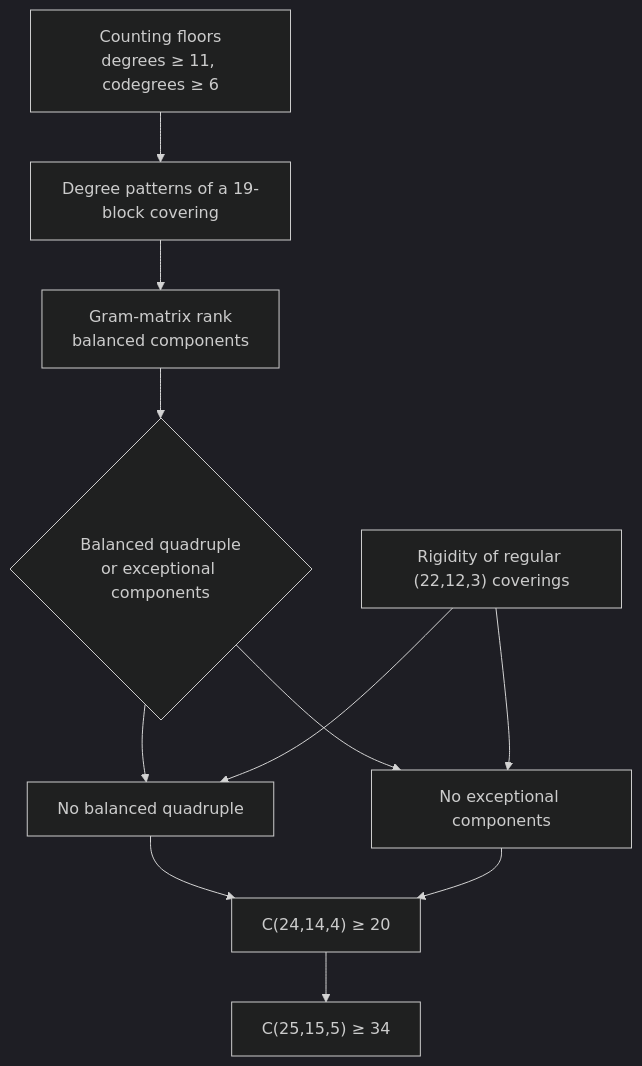
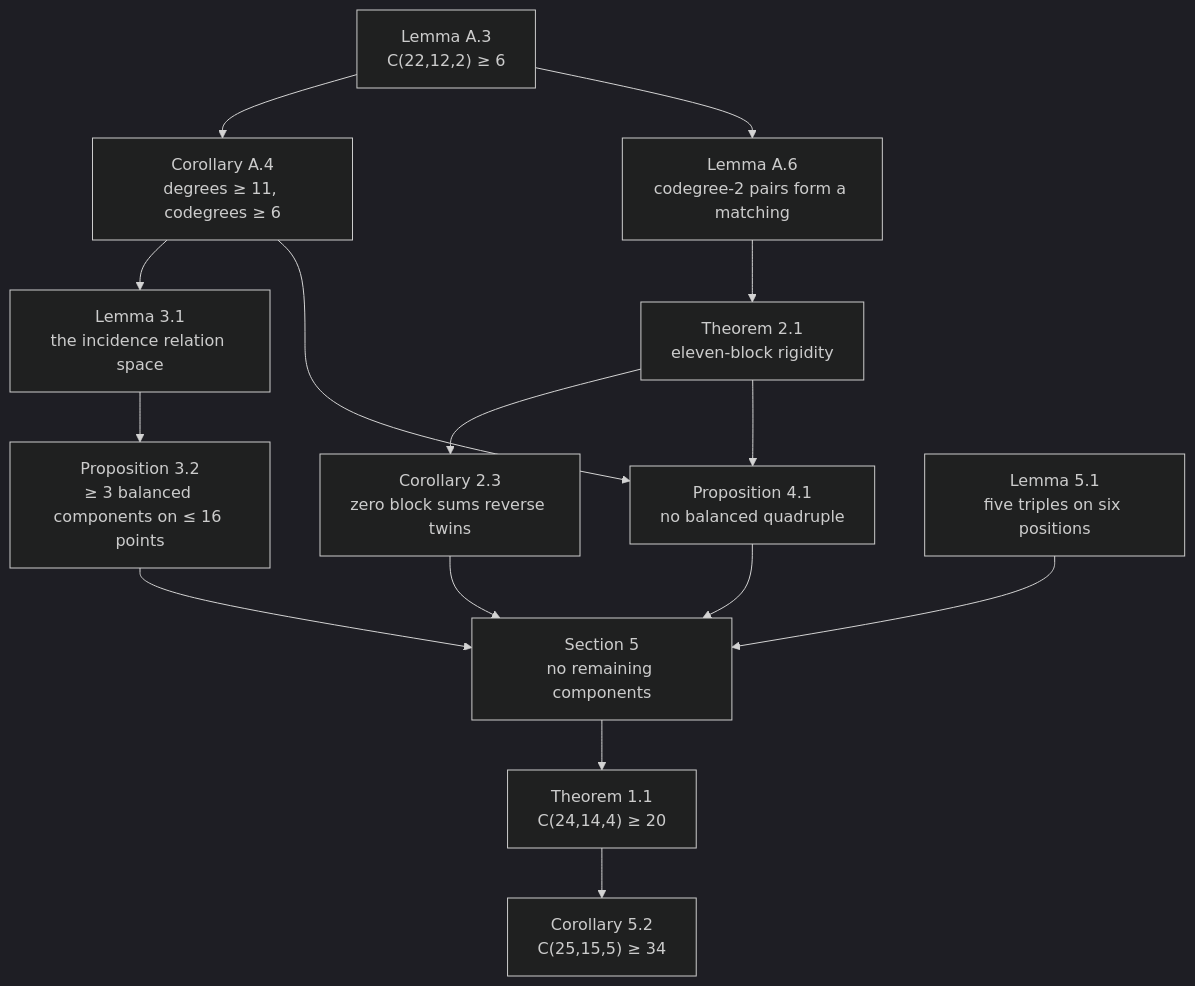
One commit to jamesyc/covering changed the diagram in README.md. Above: the diagram before and after it, drawn with Mermaid (dark theme). The commit also changed other lines of this file and 162 other files, not shown here.

````diff
--- a/README.md
+++ b/README.md
@@ -151,20 +181,24 @@
 ```mermaid
 flowchart TD
-  S1["Counting floors<br/>degrees ≥ 11, codegrees ≥ 6"]
-  S2["Degree patterns of a 19-block covering"]
-  S3["Gram-matrix rank<br/>balanced components"]
-  S4["Rigidity of regular (22,12,3) coverings"]
-  S5{"Balanced quadruple<br/>or exceptional components"}
-  S6["No balanced quadruple"]
-  S7["No exceptional components"]
-  S8["C(24,14,4) ≥ 20"]
-  S9["C(25,15,5) ≥ 34"]
-  S1 --> S2 --> S3 --> S5
-  S5 --> S6
-  S5 --> S7
-  S4 --> S6
-  S4 --> S7
-  S6 --> S8
-  S7 --> S8
-  S8 --> S9
+  A3["Lemma A.3<br/>C(22,12,2) ≥ 6"]
+  A4["Corollary A.4<br/>degrees ≥ 11, codegrees ≥ 6"]
+  A6["Lemma A.6<br/>codegree-2 pairs form a matching"]
+  T21["Theorem 2.1<br/>eleven-block rigidity"]
+  C23["Corollary 2.3<br/>zero block sums reverse twins"]
+  L31["Lemma 3.1<br/>the incidence relation space"]
+  P32["Proposition 3.2<br/>≥ 3 balanced components on ≤ 16 points"]
+  P41["Proposition 4.1<br/>no balanced quadruple"]
+  L51["Lemma 5.1<br/>five triples on six positions"]
+  S5["Section 5<br/>no remaining components"]
+  T11["Theorem 1.1<br/>C(24,14,4) ≥ 20"]
+  C52["Corollary 5.2<br/>C(25,15,5) ≥ 34"]
+  A3 --> A4 --> L31 --> P32
+  A3 --> A6 --> T21 --> C23
+  T21 --> P41
+  A4 --> P41
+  P32 --> S5
+  P41 --> S5
+  C23 --> S5
+  L51 --> S5
+  S5 --> T11 --> C52
 ```
````
